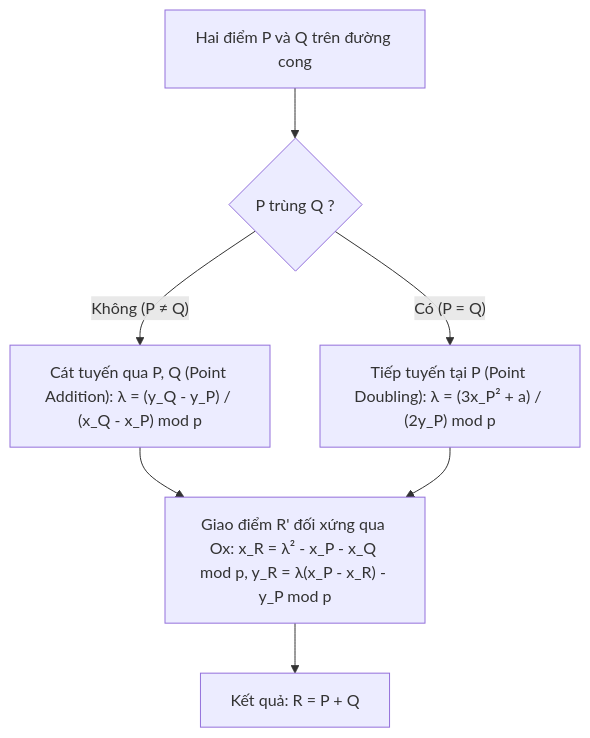
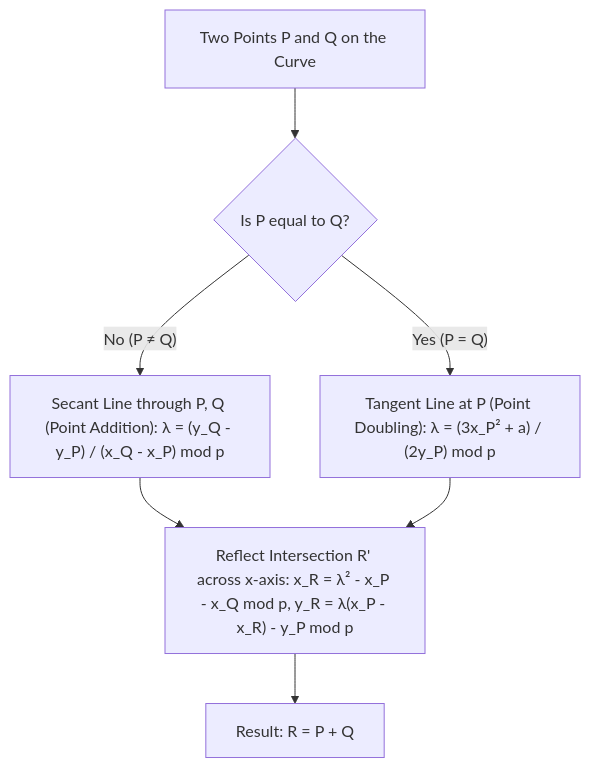
The third of 6 diagrams in docs/bao_cao_ecdsa.md (thuann2212/IS-TEXT-), drawn with Mermaid before and after one commit. The commit also changed other lines of this file and 5 other files, not shown here.

````diff
--- a/docs/bao_cao_ecdsa.md
+++ b/docs/bao_cao_ecdsa.md
@@ -104,9 +104,9 @@
 ```mermaid
 flowchart TD
-    A["Hai điểm P và Q trên đường cong"] --> B{"P trùng Q ?"}
-    B -- "Không (P ≠ Q)" --> C["Cát tuyến qua P, Q (Point Addition): λ = (y_Q - y_P) / (x_Q - x_P) mod p"]
-    B -- "Có (P = Q)" --> D["Tiếp tuyến tại P (Point Doubling): λ = (3x_P² + a) / (2y_P) mod p"]
-    C --> E["Giao điểm R' đối xứng qua Ox: x_R = λ² - x_P - x_Q mod p, y_R = λ(x_P - x_R) - y_P mod p"]
+    A["Two Points P and Q on the Curve"] --> B{"Is P equal to Q?"}
+    B -- "No (P ≠ Q)" --> C["Secant Line through P, Q (Point Addition): λ = (y_Q - y_P) / (x_Q - x_P) mod p"]
+    B -- "Yes (P = Q)" --> D["Tangent Line at P (Point Doubling): λ = (3x_P² + a) / (2y_P) mod p"]
+    C --> E["Reflect Intersection R' across x-axis: x_R = λ² - x_P - x_Q mod p, y_R = λ(x_P - x_R) - y_P mod p"]
     D --> E
-    E --> F["Kết quả: R = P + Q"]
+    E --> F["Result: R = P + Q"]
 ```
````
